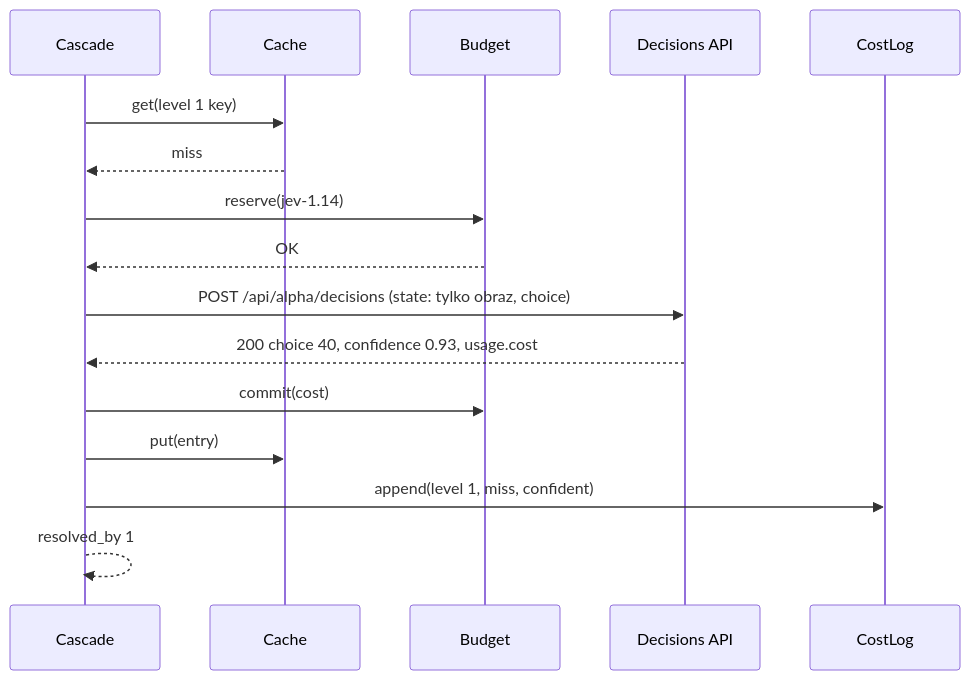
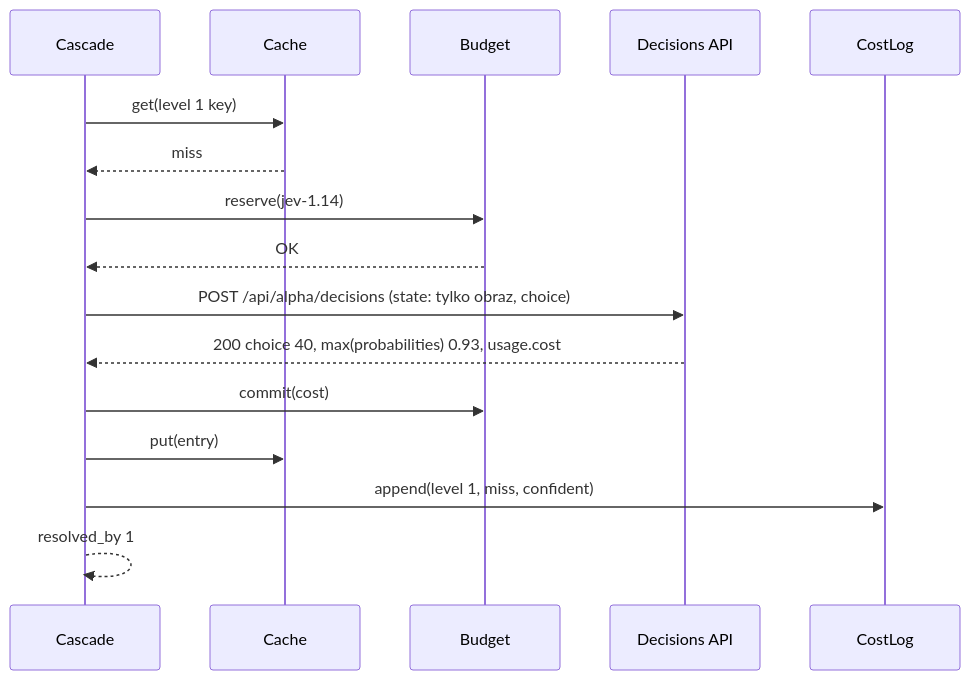
The second of 4 diagrams in docs/ADR/003-model-cascade.md (kamil02112026/jsystems-claude-codex-gis-2026-11_KL), drawn with Mermaid before and after one commit. The commit also changed other lines of this file and 3 other files, not shown here.

````diff
--- a/docs/ADR/003-model-cascade.md
+++ b/docs/ADR/003-model-cascade.md
@@ -306,18 +318,18 @@
 ```mermaid
 sequenceDiagram
   participant C as Cascade
   participant K as Cache
   participant B as Budget
   participant D as Decisions API
   participant L as CostLog
   C->>K: get(level 1 key)
   K-->>C: miss
   C->>B: reserve(jev-1.14)
   B-->>C: OK
   C->>D: POST /api/alpha/decisions (state: tylko obraz, choice)
-  D-->>C: 200 choice 40, confidence 0.93, usage.cost
+  D-->>C: 200 choice 40, max(probabilities) 0.93, usage.cost
   C->>B: commit(cost)
   C->>K: put(entry)
   C->>L: append(level 1, miss, confident)
   C-->>C: resolved_by 1
 ```
````
